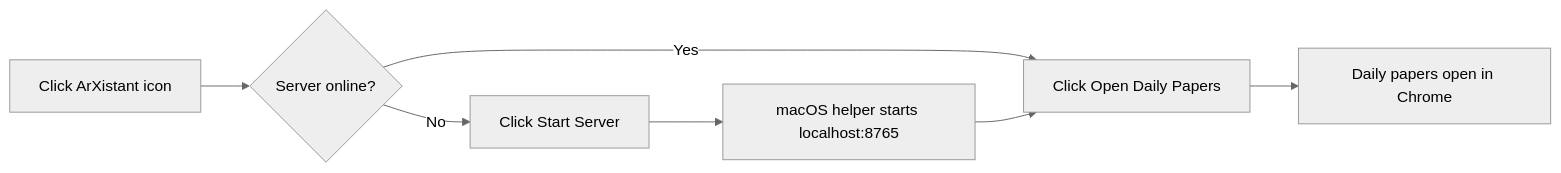
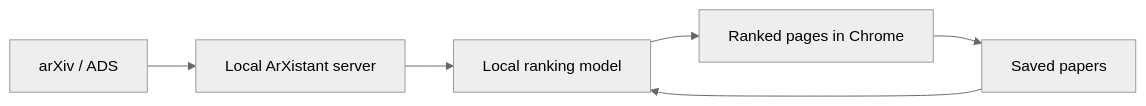
Before and after one commit to jyshangguan/ArXistant: the diagram in README.md, drawn with Mermaid (neutral theme). The commit also changed other lines of this file and 8 other files, not shown here.

````diff
--- a/README.md
+++ b/README.md
@@ -130,9 +44,8 @@
 ```mermaid
 flowchart LR
-    A["Click ArXistant icon"] --> B{"Server online?"}
-    B -- "No" --> C["Click Start Server"]
-    C --> D["macOS helper starts localhost:8765"]
-    B -- "Yes" --> E["Click Open Daily Papers"]
-    D --> E
-    E --> F["Daily papers open in Chrome"]
+    A["arXiv / ADS"] --> B["Local ArXistant server"]
+    B --> C["Local ranking model"]
+    C --> D["Ranked pages in Chrome"]
+    D --> E["Saved papers"]
+    E --> C
 ```
````
